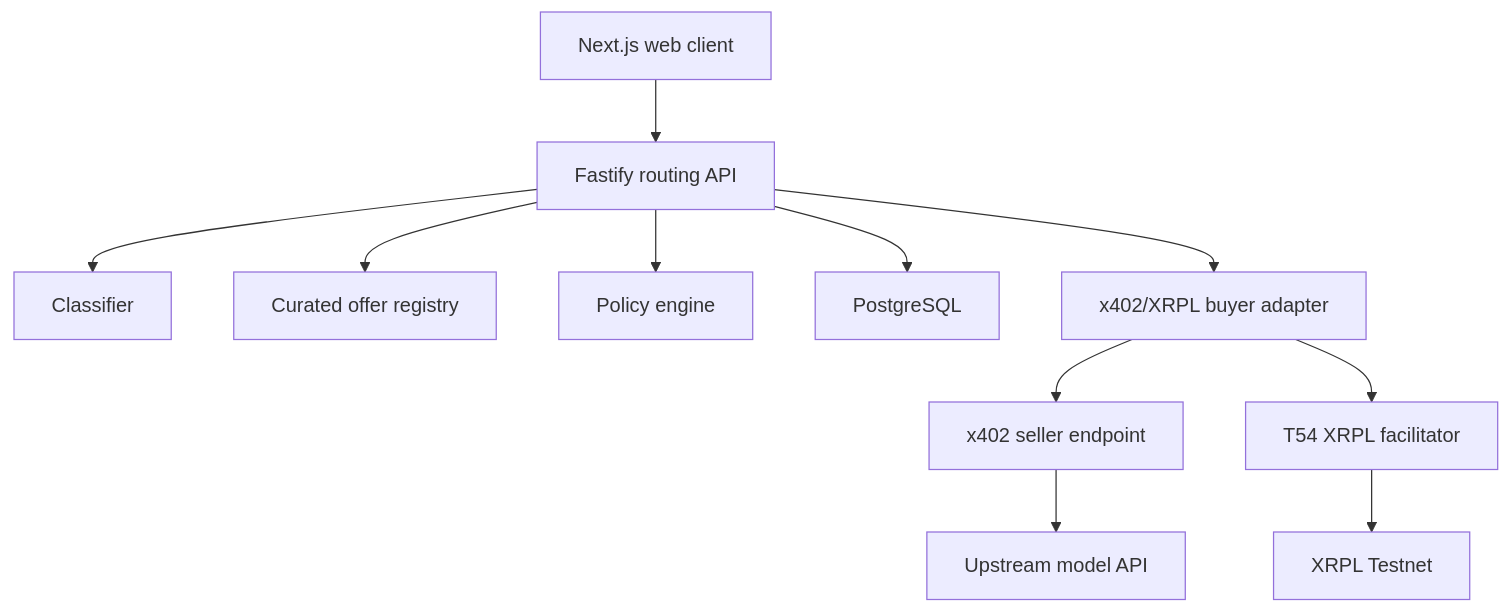
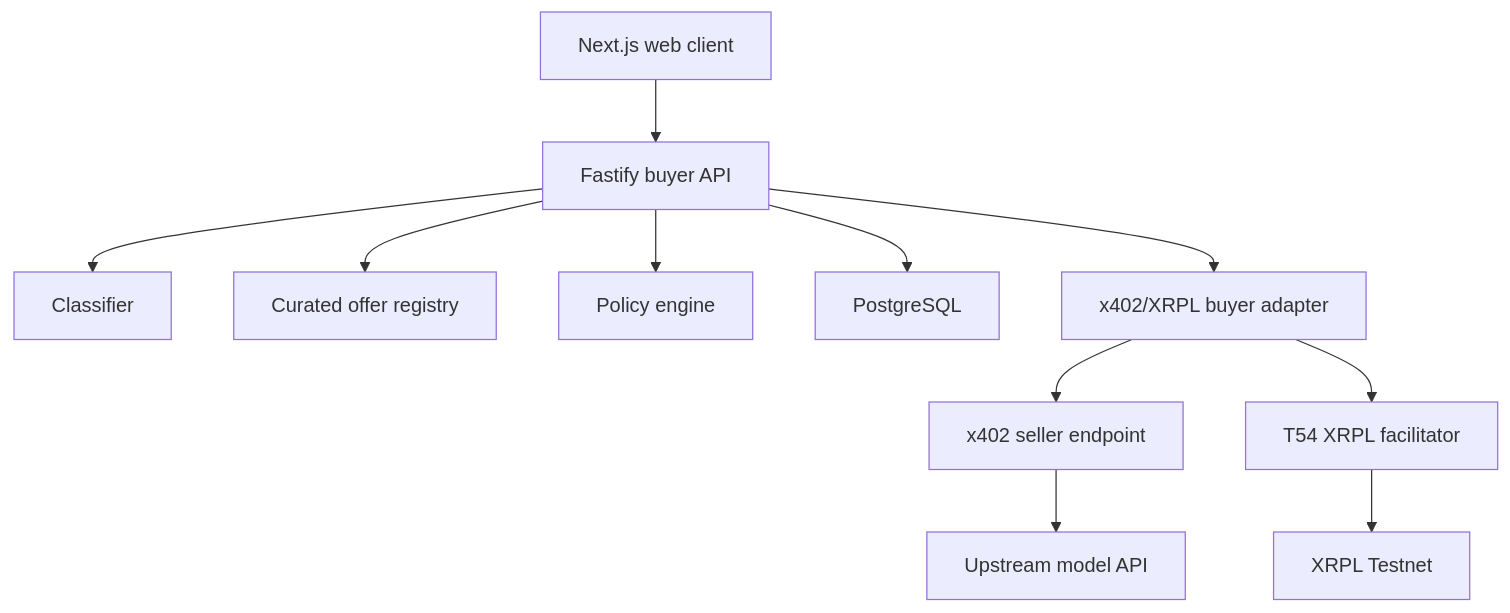
Before and after one commit to Reallyeasy1/Kevin: the third of 3 diagrams in PRD_SPECS.md, drawn with Mermaid. The commit also changed other lines of this file, not shown here.

First line of the commit message:
Amend PRD after critique: align payment flow with x402 XRPL scheme

````diff
--- a/PRD_SPECS.md
+++ b/PRD_SPECS.md
@@ -794,13 +828,13 @@
 ```mermaid
 flowchart TD
-    UI["Next.js web client"] --> API["Fastify routing API"]
+    UI["Next.js web client"] --> API["Fastify buyer API"]
     API --> CLASS["Classifier"]
     API --> REG["Curated offer registry"]
     API --> POLICY["Policy engine"]
     API --> DB["PostgreSQL"]
     API --> PAY["x402/XRPL buyer adapter"]
     PAY --> SELLER["x402 seller endpoint"]
     PAY --> FAC["T54 XRPL facilitator"]
     FAC --> XRPL["XRPL Testnet"]
     SELLER --> MODEL["Upstream model API"]
 ```
````
